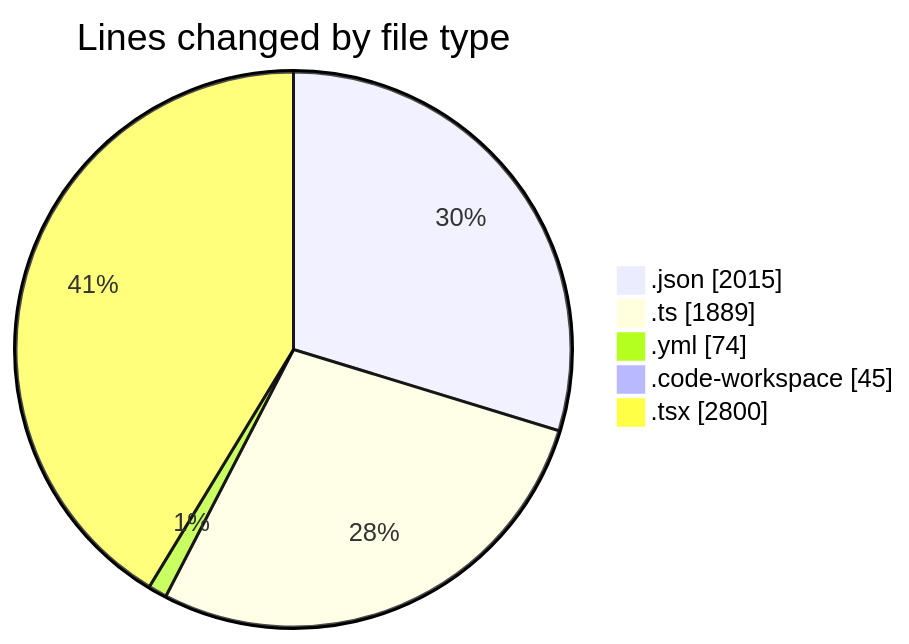
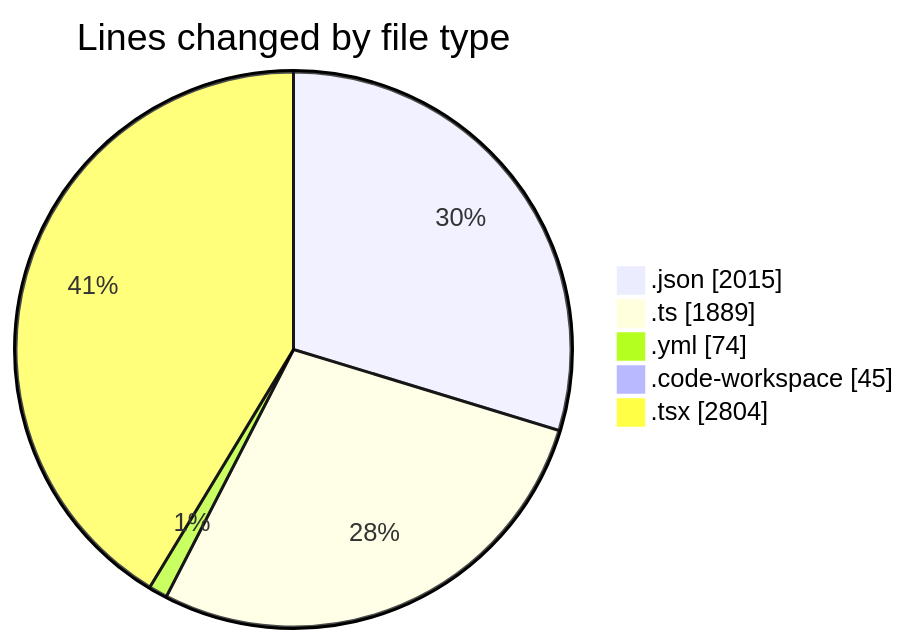
One commit to julien-gomy/code-tracking changed the first of 2 diagrams in 2025-11-25/eventscop-frontend-guide__workspace_/README.md. Above: the diagram before and after it, drawn with Mermaid. The commit also changed other lines of this file and 1 other file, not shown here.

````diff
--- a/2025-11-25/eventscop-frontend-guide__workspace_/README.md
+++ b/2025-11-25/eventscop-frontend-guide__workspace_/README.md
@@ -45,9 +45,9 @@
 ```mermaid
 pie showData
 title Lines changed by file type
 ".json" : 2015
 ".ts" : 1889
 ".yml" : 74
 ".code-workspace" : 45
-".tsx" : 2800
+".tsx" : 2804
 ```
````
